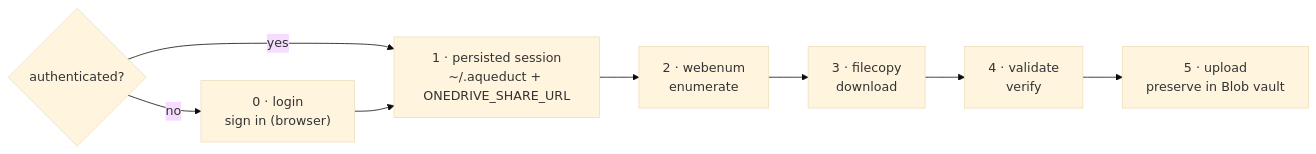
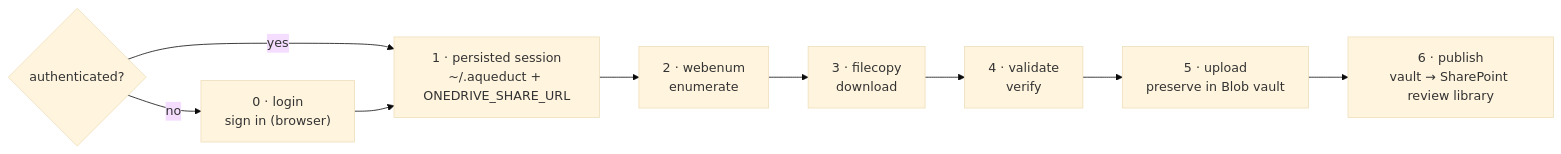
One commit to njrenaissance/aqueduct changed the diagram in docs/WORKFLOW.md. Above: the diagram before and after it, drawn with Mermaid (base theme). The commit also changed other lines of this file and 1 other file, not shown here.

First line of the commit message:
docs: document publish in WORKFLOW and SPEC Stage 4 (#8)

````diff
--- a/docs/WORKFLOW.md
+++ b/docs/WORKFLOW.md
@@ -19,10 +19,11 @@
 ```mermaid
 flowchart LR
     Q{"authenticated?"} -- "no" --> L["0 · login<br/>sign in (browser)"]
     Q -- "yes" --> P["1 · persisted session<br/>~/.aqueduct + ONEDRIVE_SHARE_URL"]
     L --> P
     P --> B["2 · webenum<br/>enumerate"]
     B --> C["3 · filecopy<br/>download"]
     C --> D["4 · validate<br/>verify"]
     D --> E["5 · upload<br/>preserve in Blob vault"]
+    E --> F["6 · publish<br/>vault → SharePoint review library"]
 ```
````
